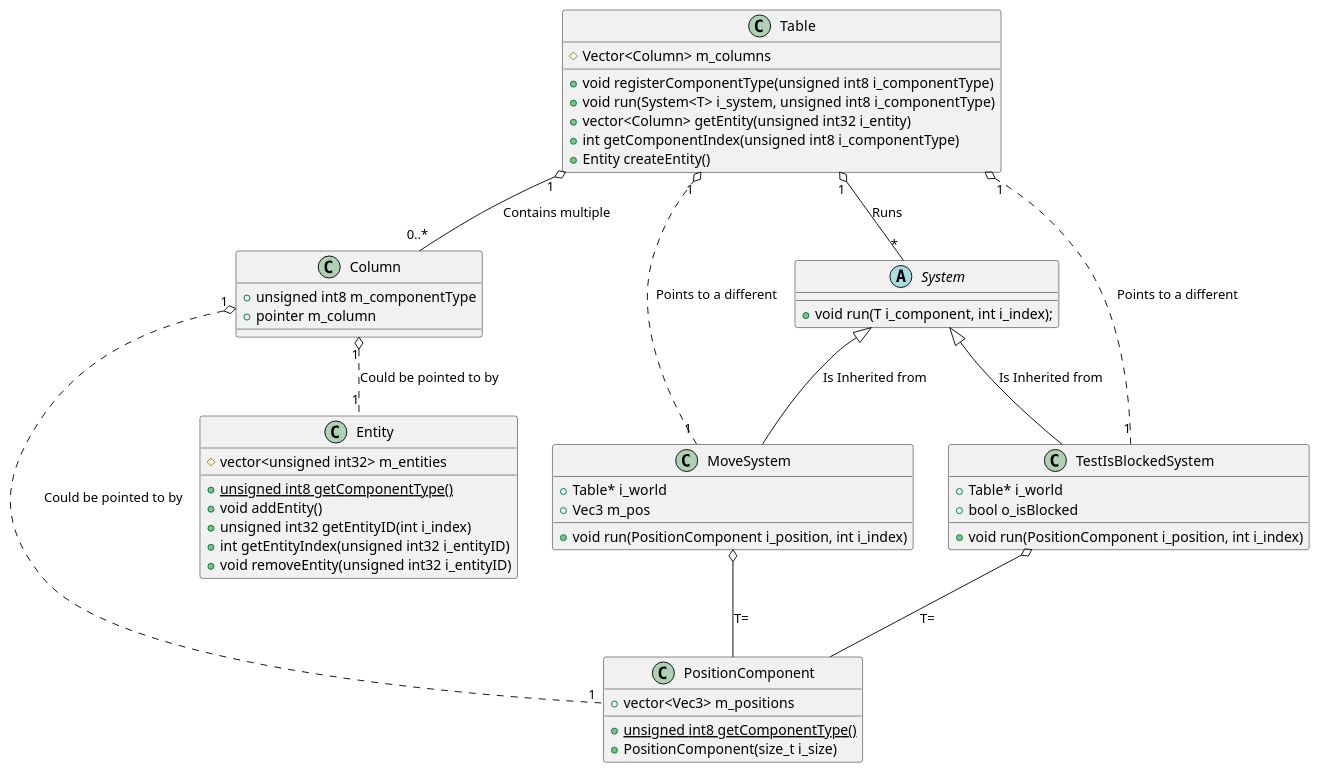
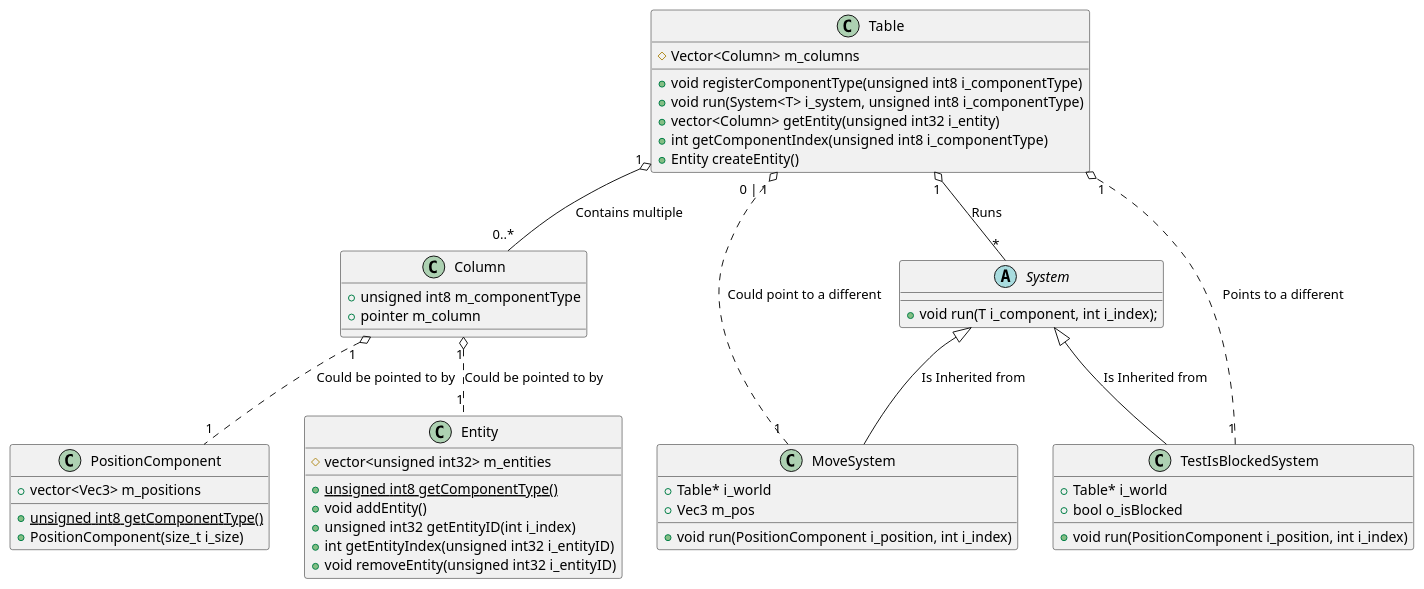
Before and after one commit to NCCA/programming-assignment-supersliser: the diagram in ClassDiagram.md, drawn with PlantUML. The commit also changed 25 other files, not shown here.

```diff
--- a/ClassDiagram.md
+++ b/ClassDiagram.md
@@ -1,61 +1,59 @@
 @startuml
 
 class Table {
 	# Vector<Column> m_columns
 	+ void registerComponentType(unsigned int8 i_componentType)
 	+ void run(System<T> i_system, unsigned int8 i_componentType)
     + vector<Column> getEntity(unsigned int32 i_entity)
     + int getComponentIndex(unsigned int8 i_componentType)
 	+ Entity createEntity()
 }
 
 class Column {
     + unsigned int8 m_componentType
 	+ pointer m_column
 }
 
 class PositionComponent {
 	+ vector<Vec3> m_positions
     + {static} unsigned int8 getComponentType()
 	+ PositionComponent(size_t i_size)
 }
 
 class Entity { 
 	# vector<unsigned int32> m_entities
 	+ {static} unsigned int8 getComponentType()
 	+ void addEntity()
 	+ unsigned int32 getEntityID(int i_index)
 	+ int getEntityIndex(unsigned int32 i_entityID)
 	+ void removeEntity(unsigned int32 i_entityID)
 }
 
 abstract class System {
 	+ void run(T i_component, int i_index);
 }
 
 class MoveSystem {
 	+ void run(PositionComponent i_position, int i_index)
     + Table* i_world
     + Vec3 m_pos
 }
 
 class TestIsBlockedSystem{
     + void run(PositionComponent i_position, int i_index)
     + Table* i_world
     + bool o_isBlocked
 }
 
 
 
 Table "1" o-- "0..*" Column : "Contains multiple"
 Column "1" o.. "1" PositionComponent : "Could be pointed to by"
 Column "1" o.. "1" Entity : "Could be pointed to by"
 System <|-- MoveSystem : "Is Inherited from"
 Table "1" o-- "*" System : "Runs"
 System <|-- TestIsBlockedSystem : "Is Inherited from"
 TestIsBlockedSystem "1" ..o "1" Table : "Points to a different"
-MoveSystem "1" ..o "1" Table : "Points to a different"
-MoveSystem o-- PositionComponent: "T="
-TestIsBlockedSystem o-- PositionComponent: "T="
+MoveSystem "1" ..o "0 | 1" Table : "Could point to a different"
 
 @enduml
```
